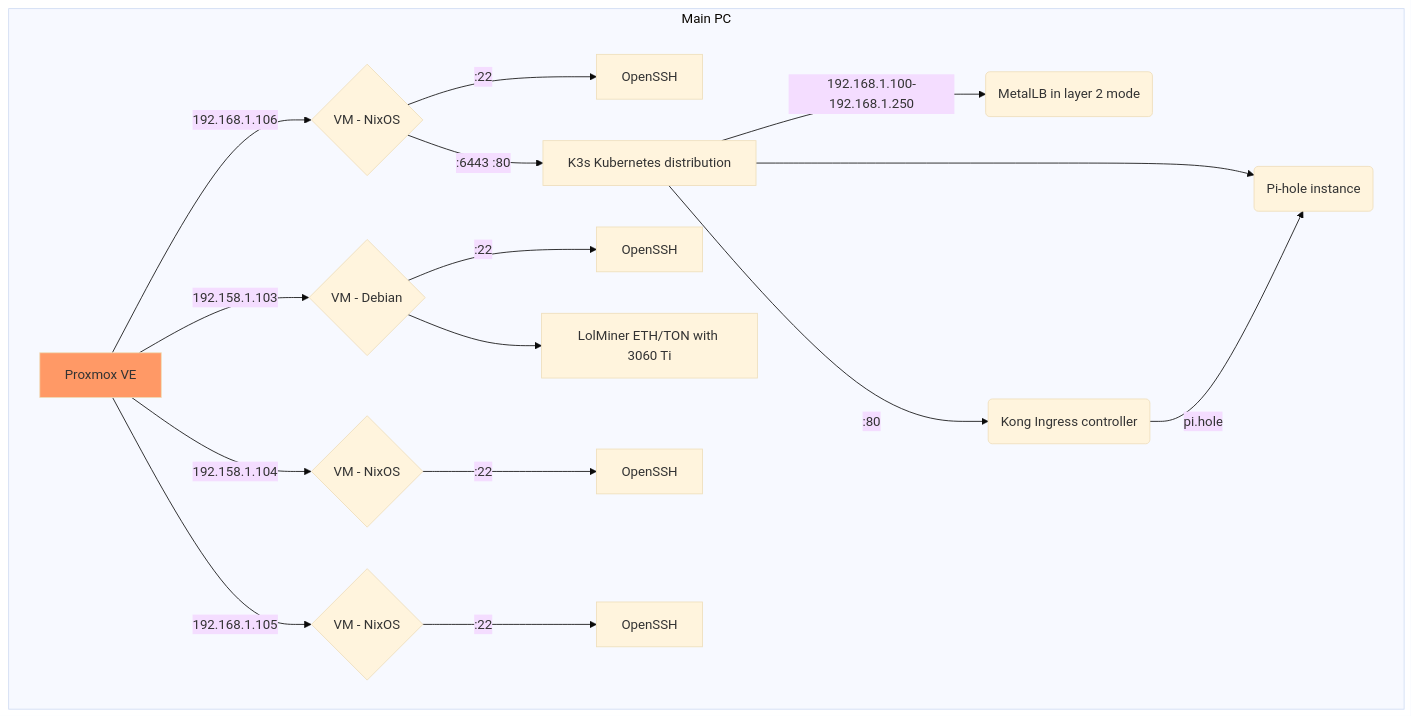
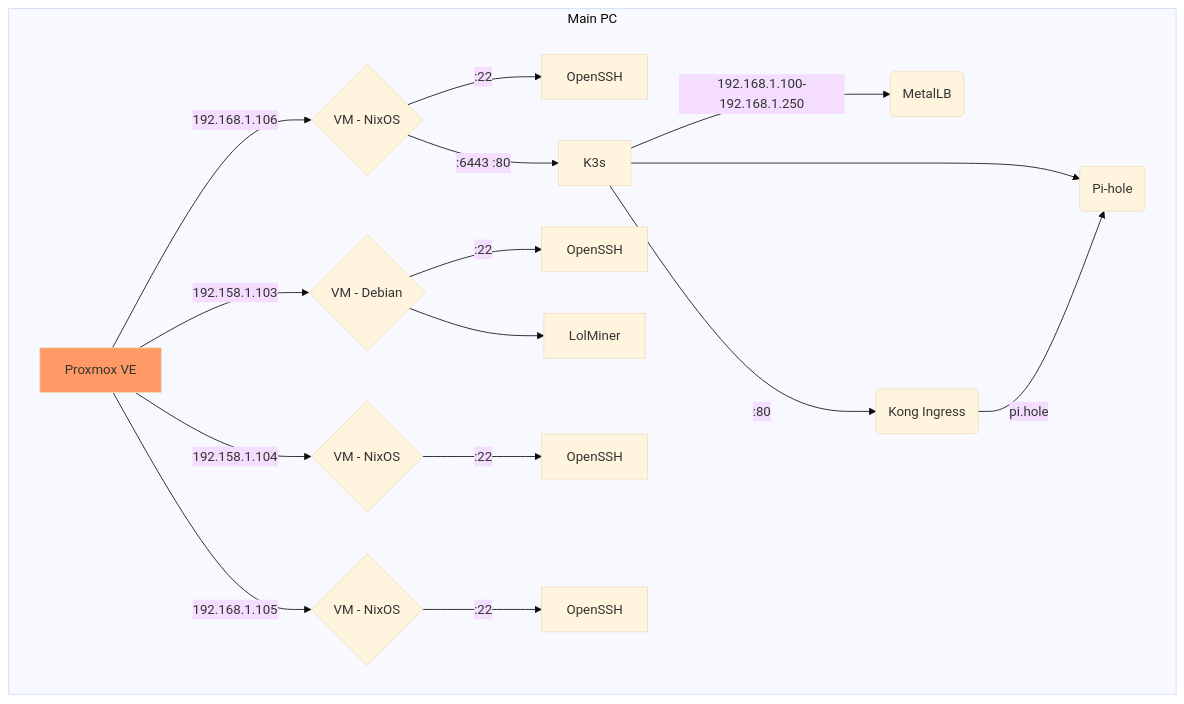
Before and after one commit to portothree/dotfiles: the diagram in homelab/README.md, drawn with Mermaid (base theme).

Commit message:
docs: update diagram

````diff
--- a/homelab/README.md
+++ b/homelab/README.md
@@ -3,26 +3,26 @@
 ```mermaid
 graph TD
 	subgraph Main PC
 		A[Proxmox VE] -->|192.168.1.106| 100{VM - NixOS};
 		100 -->|:22| 100_ssh[OpenSSH];
-		100 -->|:6443 :80| K3s[K3s Kubernetes distribution];
-		K3s -->|192.168.1.100-192.168.1.250| MetalLB(MetalLB in layer 2 mode);
-		click MetalLB "https://metallb.org/concepts/layer2" _blank
-		K3s -->|:80| Kong(Kong Ingress controller);
-		K3s --> Pi-hole(Pi-hole instance);
+		100 -->|:6443 :80| K3s[K3s];
+		K3s -->|192.168.1.100-192.168.1.250| MetalLB(MetalLB);
+		click MetalLB "https://metallb.org" _blank
+		K3s -->|:80| Kong(Kong Ingress);
+		K3s --> Pi-hole(Pi-hole);
 		Kong -->|pi.hole| Pi-hole;
 		
 		A -->|192.158.1.103| 102{VM - Debian};
 		102 -->|:22| 102_ssh[OpenSSH];
-		102 --> lolminer[LolMiner ETH/TON with 3060 Ti];
+		102 --> lolminer[LolMiner];
 		
 		A -->|192.158.1.104| 103{VM - NixOS};
 		103 -->|:22| 103_ssh[OpenSSH];
 		
 		A -->|192.168.1.105| 104{VM - NixOS};
 		104 -->|:22| 104_ssh[OpenSSH];
 	end
 	
 	classDef orange fill:#f96;
 	class A orange
 ```
````
